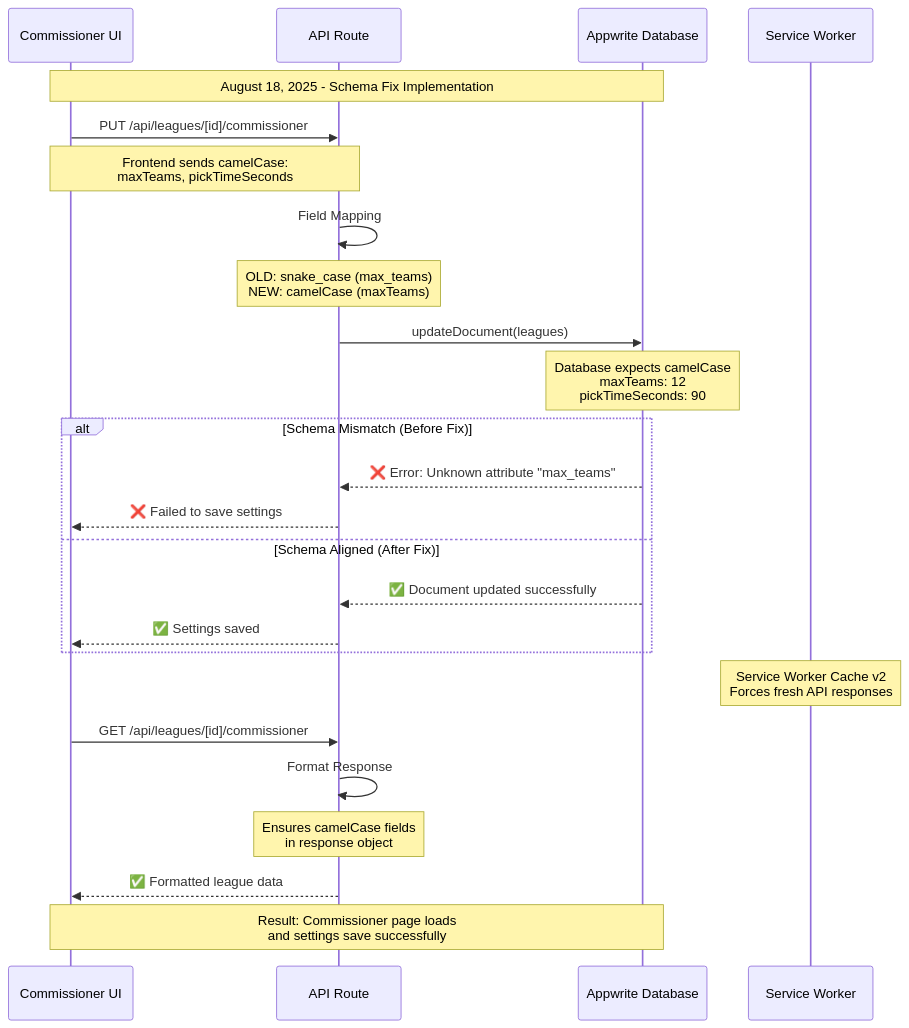
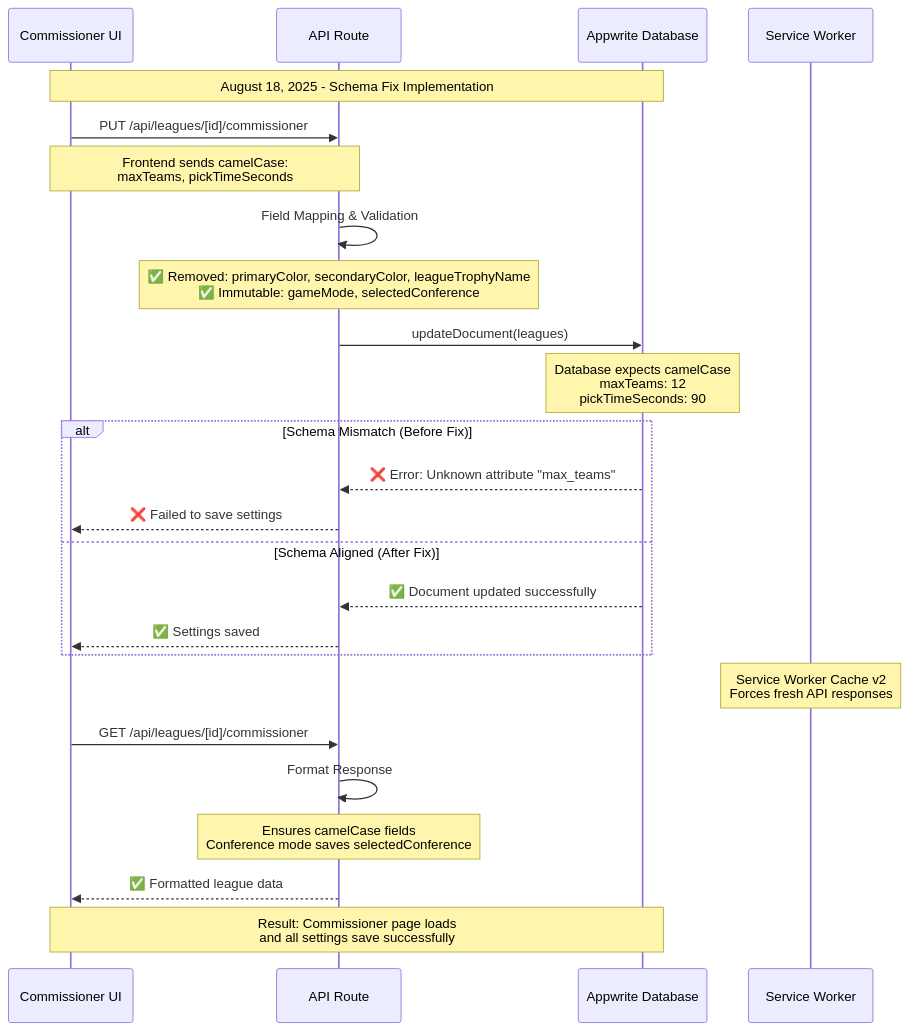
The fourth of 5 diagrams in public/docs/PROJECT_MAP.md (kpm34/college-football-fantasy-app), drawn with Mermaid before and after one commit. The commit also changed other lines of this file and 39 other files, not shown here.

````diff
--- a/public/docs/PROJECT_MAP.md
+++ b/public/docs/PROJECT_MAP.md
@@ -182,36 +223,36 @@
 ```mermaid
 %%{init: {'themeVariables': {'fontSize': '22px'}}}%%
 sequenceDiagram
     participant UI as Commissioner UI
     participant API as API Route
     participant DB as Appwrite Database
     participant SW as Service Worker
     
     Note over UI,DB: August 18, 2025 - Schema Fix Implementation
     
     UI->>API: PUT /api/leagues/[id]/commissioner
     Note over UI,API: Frontend sends camelCase:<br/>maxTeams, pickTimeSeconds
     
-    API->>API: Field Mapping
-    Note over API: OLD: snake_case (max_teams)<br/>NEW: camelCase (maxTeams)
+    API->>API: Field Mapping & Validation
+    Note over API: ✅ Removed: primaryColor, secondaryColor, leagueTrophyName<br/>✅ Immutable: gameMode, selectedConference
     
     API->>DB: updateDocument(leagues)
     Note over DB: Database expects camelCase<br/>maxTeams: 12<br/>pickTimeSeconds: 90
     
     alt Schema Mismatch (Before Fix)
         DB-->>API: ❌ Error: Unknown attribute "max_teams"
         API-->>UI: ❌ Failed to save settings
     else Schema Aligned (After Fix)
         DB-->>API: ✅ Document updated successfully
         API-->>UI: ✅ Settings saved
     end
     
     Note over SW: Service Worker Cache v2<br/>Forces fresh API responses
     
     UI->>API: GET /api/leagues/[id]/commissioner
     API->>API: Format Response
-    Note over API: Ensures camelCase fields<br/>in response object
+    Note over API: Ensures camelCase fields<br/>Conference mode saves selectedConference
     API-->>UI: ✅ Formatted league data
     
-    Note over UI,DB: Result: Commissioner page loads<br/>and settings save successfully
+    Note over UI,DB: Result: Commissioner page loads<br/>and all settings save successfully
 ```
````
